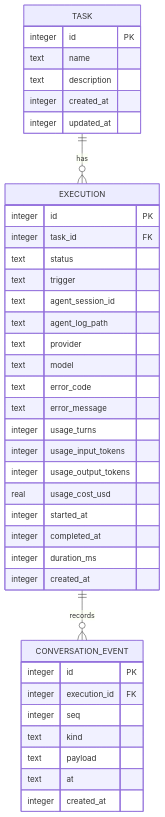
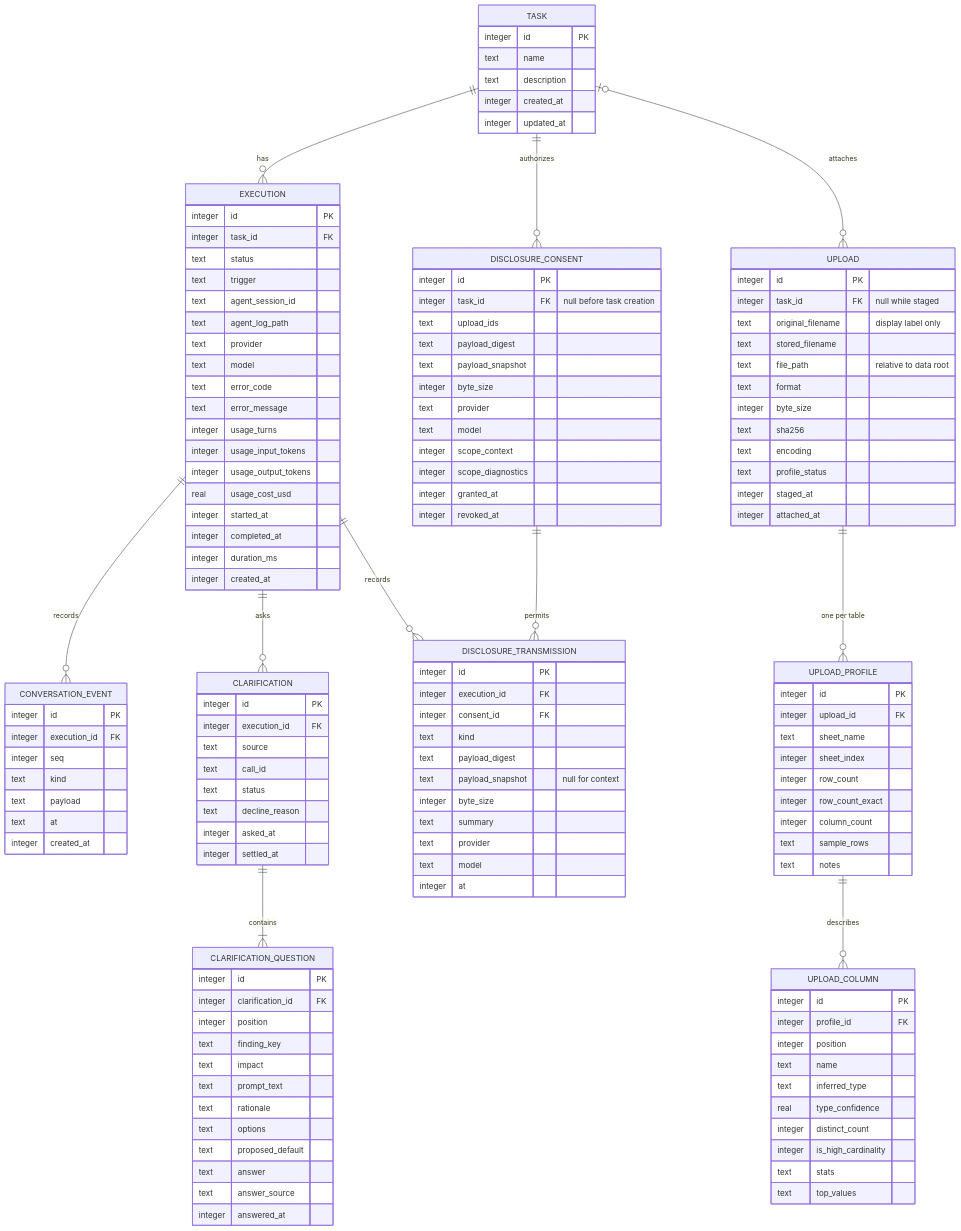
The fifth of 5 diagrams in docs/architecture.md (abranjith/auto-mate), drawn with Mermaid before and after one commit. The commit also changed other lines of this file and 164 other files, not shown here.

````diff
--- a/docs/architecture.md
+++ b/docs/architecture.md
@@ -143,6 +208,14 @@
 erDiagram
   TASK ||--o{ EXECUTION : has
   EXECUTION ||--o{ CONVERSATION_EVENT : records
+  TASK |o--o{ UPLOAD : attaches
+  UPLOAD ||--o{ UPLOAD_PROFILE : "one per table"
+  UPLOAD_PROFILE ||--o{ UPLOAD_COLUMN : describes
+  TASK ||--o{ DISCLOSURE_CONSENT : authorizes
+  EXECUTION ||--o{ DISCLOSURE_TRANSMISSION : records
+  DISCLOSURE_CONSENT ||--o{ DISCLOSURE_TRANSMISSION : permits
+  EXECUTION ||--o{ CLARIFICATION : asks
+  CLARIFICATION ||--|{ CLARIFICATION_QUESTION : contains
 
   TASK {
     integer id PK
@@ -182,4 +255,99 @@
     text at
     integer created_at
   }
+
+  UPLOAD {
+    integer id PK
+    integer task_id FK "null while staged"
+    text original_filename "display label only"
+    text stored_filename
+    text file_path "relative to data root"
+    text format
+    integer byte_size
+    text sha256
+    text encoding
+    text profile_status
+    integer staged_at
+    integer attached_at
+  }
+
+  UPLOAD_PROFILE {
+    integer id PK
+    integer upload_id FK
+    text sheet_name
+    integer sheet_index
+    integer row_count
+    integer row_count_exact
+    integer column_count
+    text sample_rows
+    text notes
+  }
+
+  UPLOAD_COLUMN {
+    integer id PK
+    integer profile_id FK
+    integer position
+    text name
+    text inferred_type
+    real type_confidence
+    integer distinct_count
+    integer is_high_cardinality
+    text stats
+    text top_values
+  }
+
+  DISCLOSURE_CONSENT {
+    integer id PK
+    integer task_id FK "null before task creation"
+    text upload_ids
+    text payload_digest
+    text payload_snapshot
+    integer byte_size
+    text provider
+    text model
+    integer scope_context
+    integer scope_diagnostics
+    integer granted_at
+    integer revoked_at
+  }
+
+  DISCLOSURE_TRANSMISSION {
+    integer id PK
+    integer execution_id FK
+    integer consent_id FK
+    text kind
+    text payload_digest
+    text payload_snapshot "null for context"
+    integer byte_size
+    text summary
+    text provider
+    text model
+    integer at
+  }
+
+  CLARIFICATION {
+    integer id PK
+    integer execution_id FK
+    text source
+    text call_id
+    text status
+    text decline_reason
+    integer asked_at
+    integer settled_at
+  }
+
+  CLARIFICATION_QUESTION {
+    integer id PK
+    integer clarification_id FK
+    integer position
+    text finding_key
+    text impact
+    text prompt_text
+    text rationale
+    text options
+    text proposed_default
+    text answer
+    text answer_source
+    integer answered_at
+  }
 ```
````
